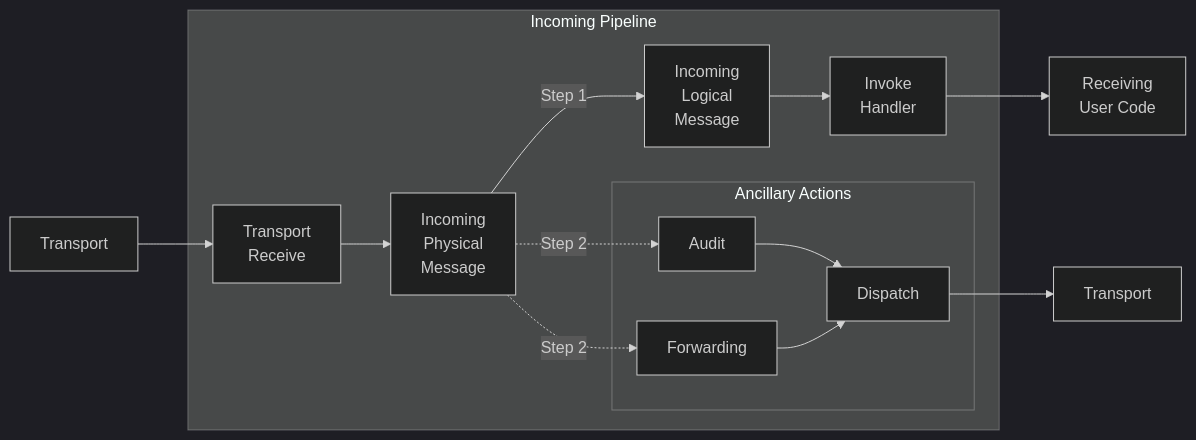
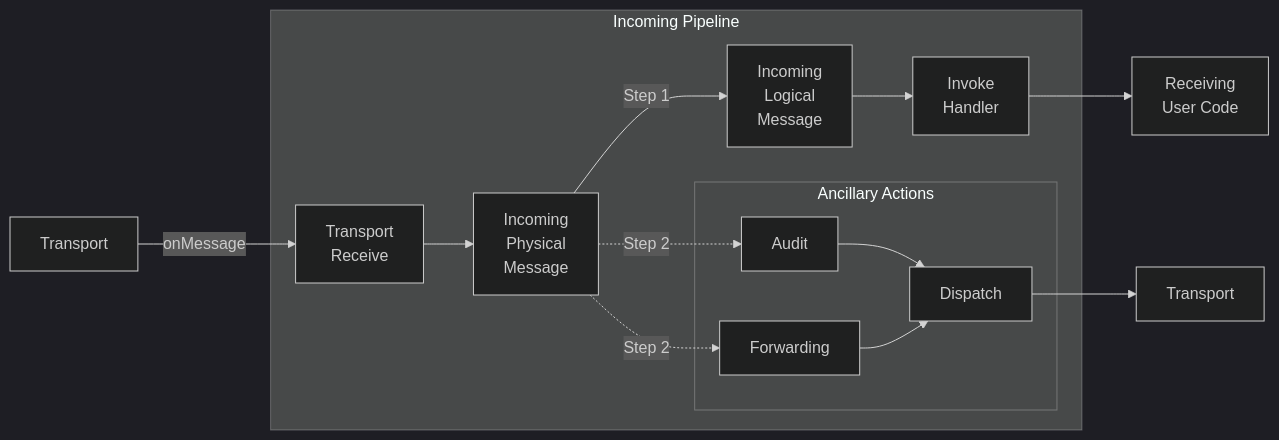
One commit to Particular/docs.particular.net changed the first of 6 diagrams in nservicebus/pipeline/steps-stages-connectors_extra_core_[6.0,).partial.md. Above: the diagram before and after it, drawn with Mermaid (dark theme). The commit also changed other lines of this file, not shown here.

````diff
--- a/nservicebus/pipeline/steps-stages-connectors_extra_core_[6.0,).partial.md
+++ b/nservicebus/pipeline/steps-stages-connectors_extra_core_[6.0,).partial.md
@@ -25,44 +24,45 @@
 ```mermaid
 graph LR
 
 Transport[Transport]
+
 
 subgraph Incoming Pipeline
 TR[Transport<br>Receive]
 IH[Invoke<br>Handler]
 ILM[Incoming<br>Logical<br>Message]
 IPM[Incoming<br>Physical<br>Message]
 
 subgraph Ancillary Actions
 Forwarding[Forwarding]
 Audit[Audit]
 Dispatch
 end
 
 end
 
 AncillaryTransport[Transport]
 
 
 RUC[Receiving<br>User Code]
 
 
-Transport --> TR
+Transport -- onMessage --> TR
 IPM -- Step 1 --> ILM
 IPM -. Step 2 .-> Forwarding
 IPM -. Step 2 .-> Audit
 ILM --> IH
 
 TR --> IPM
 IH --> RUC
 
 Dispatch --> AncillaryTransport
 Audit--> Dispatch
 Forwarding --> Dispatch
 
 
 click IH "/nservicebus/handlers-and-sagas"
 click Transport "/transports/"
 click Audit "/nservicebus/operations/auditing"
 click Forwarding "/nservicebus/messaging/forwarding"
 ```
````
